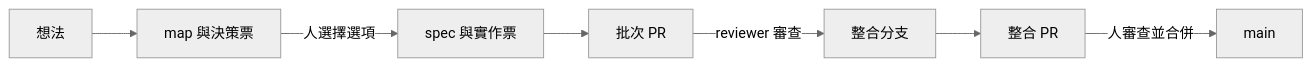
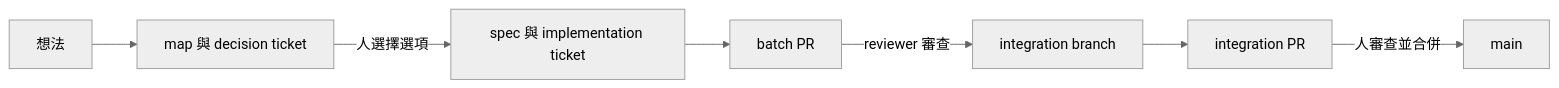
One commit to taisianghuang/wayfinder-loops changed the diagram in README.md. Above: the diagram before and after it, drawn with Mermaid (neutral theme). The commit also changed other lines of this file and 14 other files, not shown here.

First line of the commit message:
docs: 名詞改用英文(decision ticket、batch PR…)

````diff
--- a/README.md
+++ b/README.md
@@ -33,9 +33,9 @@
 ```mermaid
 flowchart LR
-  idea["想法"] --> map["map 與決策票"]
-  map -->|"人選擇選項"| spec["spec 與實作票"]
-  spec --> pr["批次 PR"]
-  pr -->|"reviewer 審查"| branch["整合分支"]
-  branch --> final["整合 PR"]
+  idea["想法"] --> map["map 與 decision ticket"]
+  map -->|"人選擇選項"| spec["spec 與 implementation ticket"]
+  spec --> pr["batch PR"]
+  pr -->|"reviewer 審查"| branch["integration branch"]
+  branch --> final["integration PR"]
   final -->|"人審查並合併"| main["main"]
 ```
````
